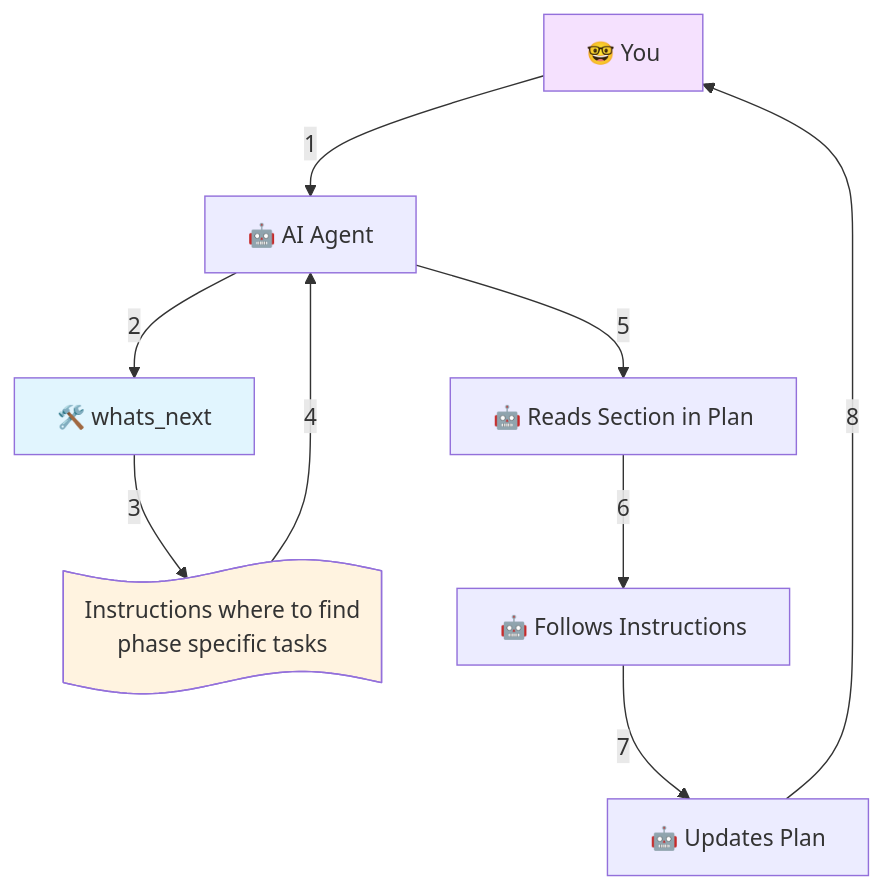
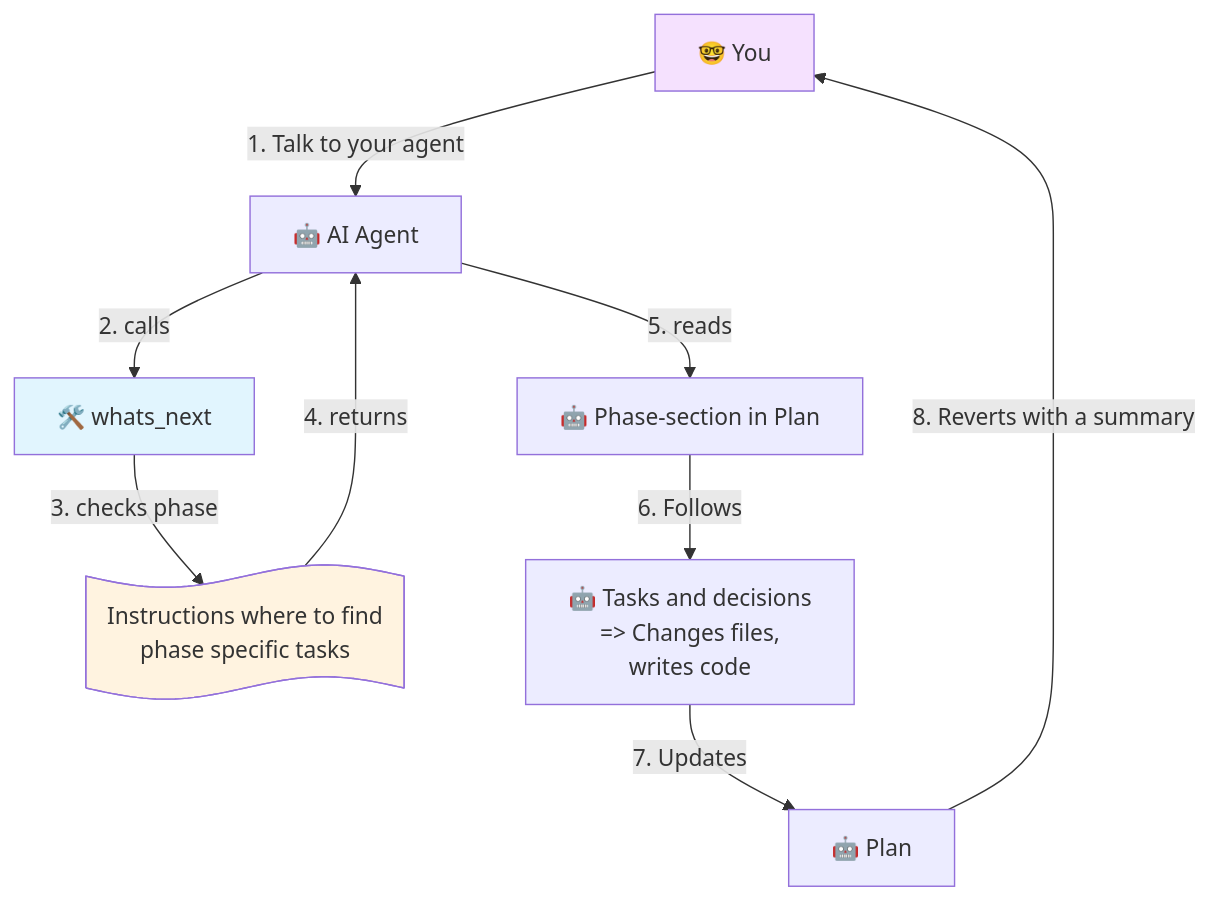
The diagram in docs/user/how-it-works.md (yovannyr/responsible-vibe-mcp), drawn with Mermaid before and after one commit.

Commit message:
docs: detailed how-it-works

````diff
--- a/docs/user/how-it-works.md
+++ b/docs/user/how-it-works.md
@@ -9,16 +9,18 @@
 ```mermaid
 flowchart TD
-    A[🤓 You] -->|1| B[🤖 AI Agent]
-    B -->|2| C[🛠️ whats_next]
-    C -->|3| E@{ shape: paper-tape, label: "Instructions where to find
+    A[🤓 You] -->|1. Talk to your agent| B[🤖 AI Agent]
+    B -->|2. calls| C[🛠️ whats_next]
+    C -->|3. checks phase| E@{ shape: paper-tape, label: "Instructions where to find
     phase specific tasks"}
-    E -->|4| B
-    B -->|5| F[🤖 Reads Section in Plan]
-    F -->|6| G[🤖 Follows Instructions]
-    G -->|7| H[🤖 Updates Plan]
-    H -->|8| A
+    E -->|4. returns| B
+    B -->|5. reads| F[🤖 Phase-section in Plan]
+    F -->|6. Follows| G[🤖 Tasks and decisions
+    => Changes files,
+    writes code]
+    G -->|7. Updates| H[🤖 Plan]
+    H -->|8. Reverts with a summary| A
 
     style A fill:#f5e1fe
     style C fill:#e1f5fe
     style E fill:#fff3e0
 ```
````
